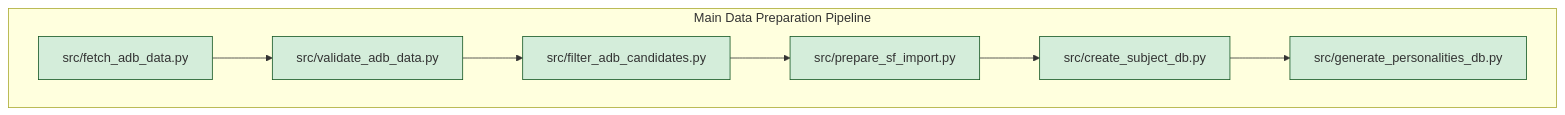
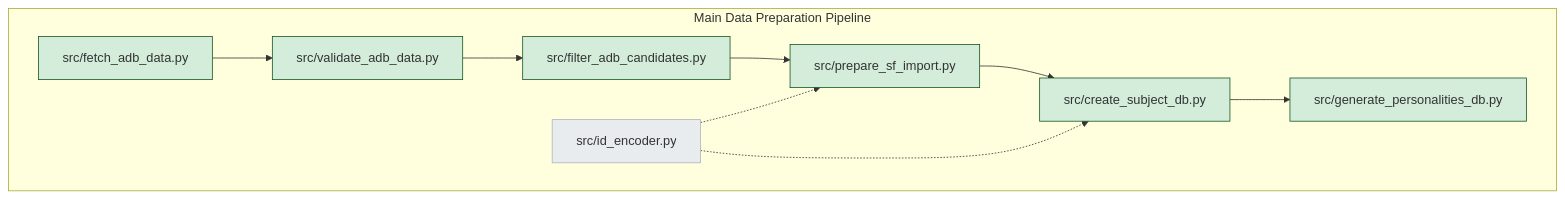
Before and after one commit to peterjmarko/llm-narrative-framework: the diagram in docs/diagrams/arch_prep_codebase.mmd, drawn with Mermaid. The commit also changed 14 other files, not shown here.

```diff
--- a/docs/diagrams/arch_prep_codebase.mmd
+++ b/docs/diagrams/arch_prep_codebase.mmd
@@ -1,22 +1,27 @@
 graph TD
     subgraph "Main Data Preparation Pipeline"
         A["src/fetch_adb_data.py"]
         B["src/validate_adb_data.py"]
         C["src/filter_adb_candidates.py"]
         D["src/prepare_sf_import.py"]
         E["src/create_subject_db.py"]
         F["src/generate_personalities_db.py"]
+        U["src/id_encoder.py"]
     end
 
     A --> B
     B --> C
     C --> D
     D --> E
     E --> F
+    
+    U -.-> D
+    U -.-> E
 
     style A fill:#d4edda,stroke:#155724
     style B fill:#d4edda,stroke:#155724
     style C fill:#d4edda,stroke:#155724
     style D fill:#d4edda,stroke:#155724
     style E fill:#d4edda,stroke:#155724
     style F fill:#d4edda,stroke:#155724
+    style U fill:#e9ecef,stroke:#adb5bd
```
